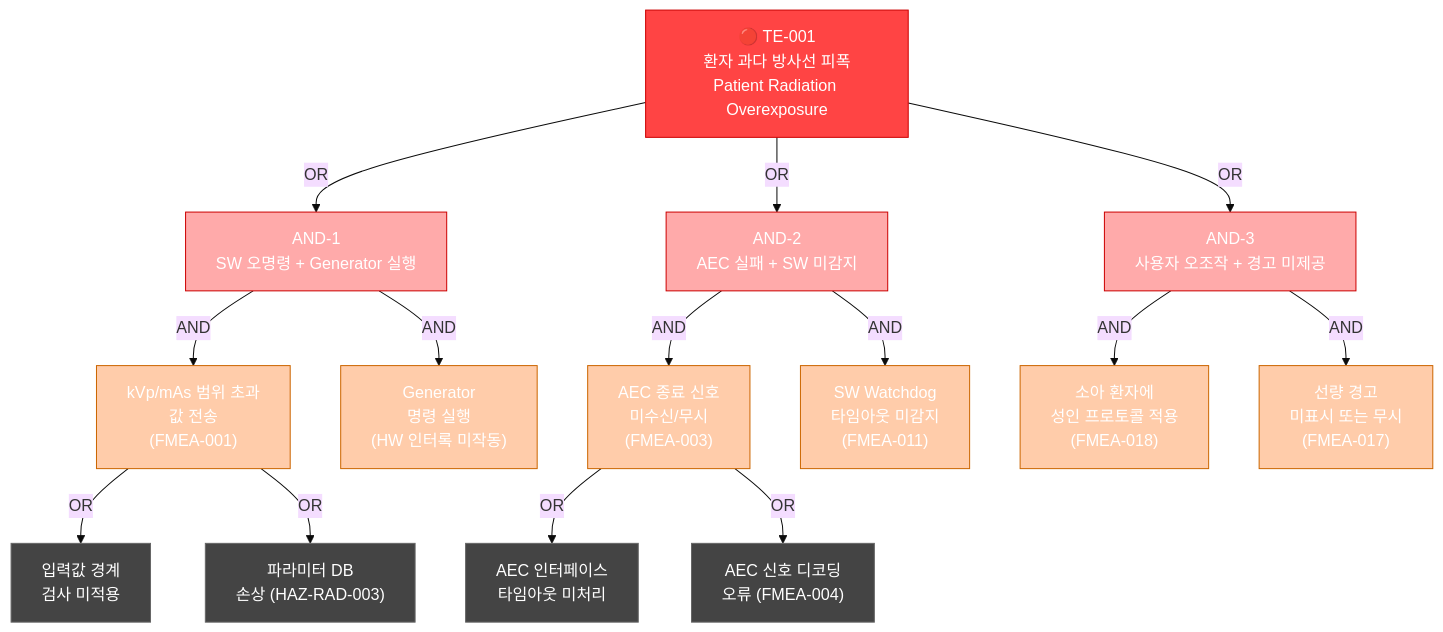
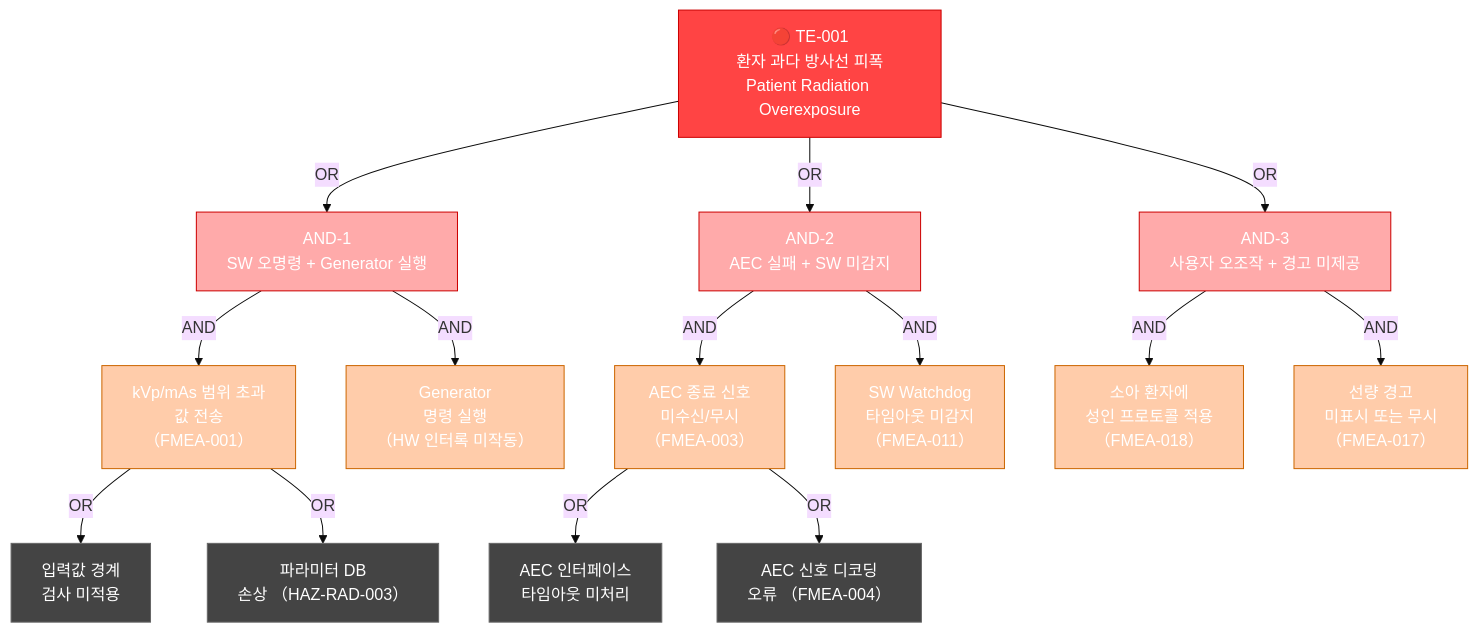
Before and after one commit to holee9/console-gui: the ninth of 11 diagrams in docs/risk/DOC-008_Risk_Management_Plan_v1.0.md, drawn with Mermaid (base theme). The commit also changed other lines of this file and 22 other files, not shown here.

First line of the commit message:
fix: Mermaid flowchart 노드 내 괄호 파싱 오류 전면 수정

````diff
--- a/docs/risk/DOC-008_Risk_Management_Plan_v1.0.md
+++ b/docs/risk/DOC-008_Risk_Management_Plan_v1.0.md
@@ -752,39 +752,39 @@
 ```mermaid
 graph TD
     TE1["🔴 TE-001\n환자 과다 방사선 피폭\nPatient Radiation Overexposure"]
 
     TE1 -->|OR| A1
     TE1 -->|OR| A2
     TE1 -->|OR| A3
 
     A1["AND-1\nSW 오명령 + Generator 실행"]
     A2["AND-2\nAEC 실패 + SW 미감지"]
     A3["AND-3\n사용자 오조작 + 경고 미제공"]
 
-    A1 -->|AND| B1["kVp/mAs 범위 초과\n값 전송\n(FMEA-001)"]
-    A1 -->|AND| B2["Generator\n명령 실행\n(HW 인터록 미작동)"]
+    A1 -->|AND| B1["kVp/mAs 범위 초과\n값 전송\n（FMEA-001）"]
+    A1 -->|AND| B2["Generator\n명령 실행\n（HW 인터록 미작동）"]
 
-    A2 -->|AND| C1["AEC 종료 신호\n미수신/무시\n(FMEA-003)"]
-    A2 -->|AND| C2["SW Watchdog\n타임아웃 미감지\n(FMEA-011)"]
+    A2 -->|AND| C1["AEC 종료 신호\n미수신/무시\n（FMEA-003）"]
+    A2 -->|AND| C2["SW Watchdog\n타임아웃 미감지\n（FMEA-011）"]
 
-    A3 -->|AND| D1["소아 환자에\n성인 프로토콜 적용\n(FMEA-018)"]
-    A3 -->|AND| D2["선량 경고\n미표시 또는 무시\n(FMEA-017)"]
+    A3 -->|AND| D1["소아 환자에\n성인 프로토콜 적용\n（FMEA-018）"]
+    A3 -->|AND| D2["선량 경고\n미표시 또는 무시\n（FMEA-017）"]
 
     B1 -->|OR| E1["입력값 경계\n검사 미적용"]
-    B1 -->|OR| E2["파라미터 DB\n손상 (HAZ-RAD-003)"]
+    B1 -->|OR| E2["파라미터 DB\n손상 （HAZ-RAD-003）"]
 
     C1 -->|OR| F1["AEC 인터페이스\n타임아웃 미처리"]
-    C1 -->|OR| F2["AEC 신호 디코딩\n오류 (FMEA-004)"]
+    C1 -->|OR| F2["AEC 신호 디코딩\n오류 （FMEA-004）"]
 
     classDef default fill:#444,stroke:#666,color:#fff
     style TE1 fill:#ff4444,color:#ffffff,stroke:#cc0000
     style A1 fill:#ffaaaa,stroke:#cc0000
     style A2 fill:#ffaaaa,stroke:#cc0000
     style A3 fill:#ffaaaa,stroke:#cc0000
     style B1 fill:#ffccaa,stroke:#cc6600
     style B2 fill:#ffccaa,stroke:#cc6600
     style C1 fill:#ffccaa,stroke:#cc6600
     style C2 fill:#ffccaa,stroke:#cc6600
     style D1 fill:#ffccaa,stroke:#cc6600
     style D2 fill:#ffccaa,stroke:#cc6600
 ```
````
